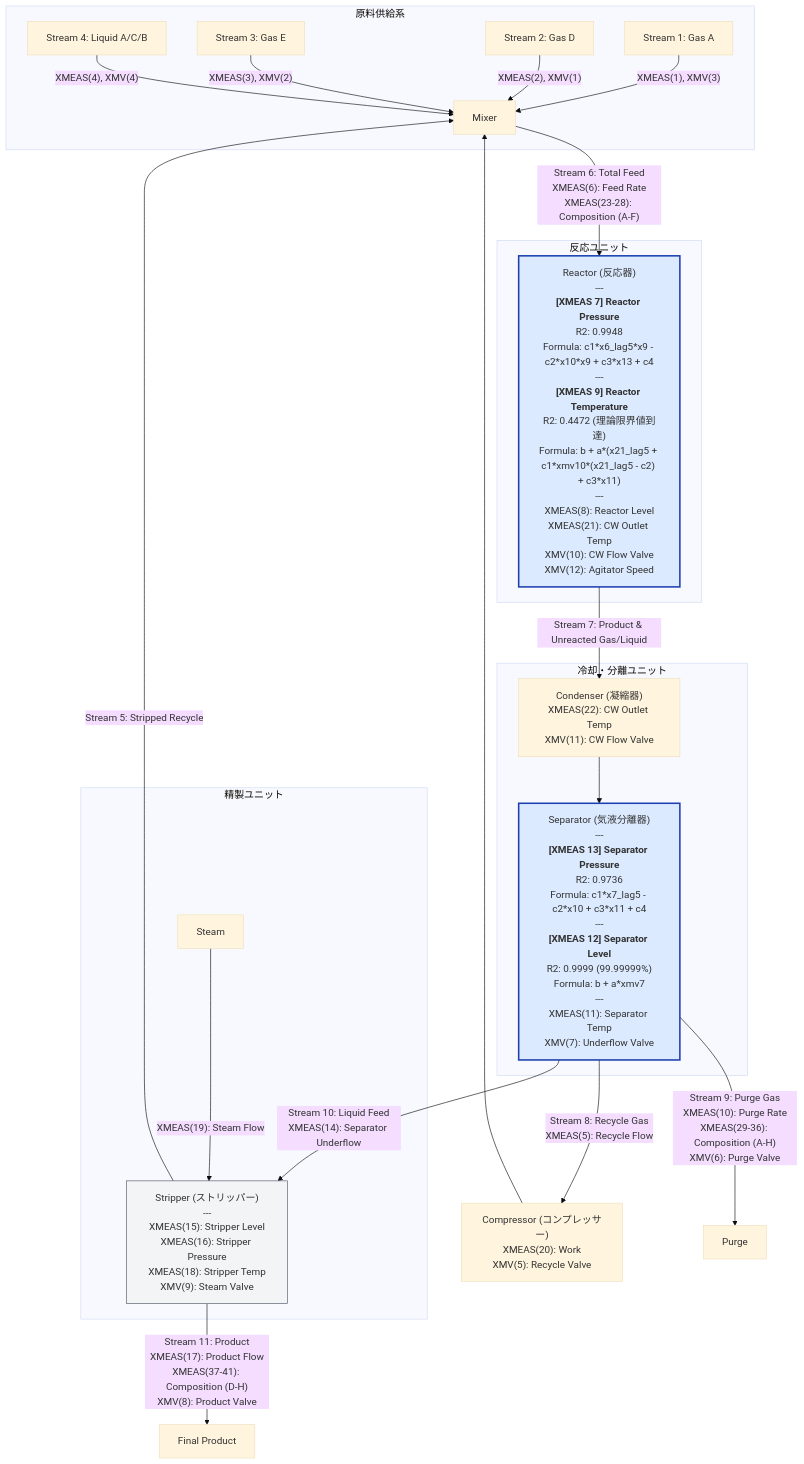
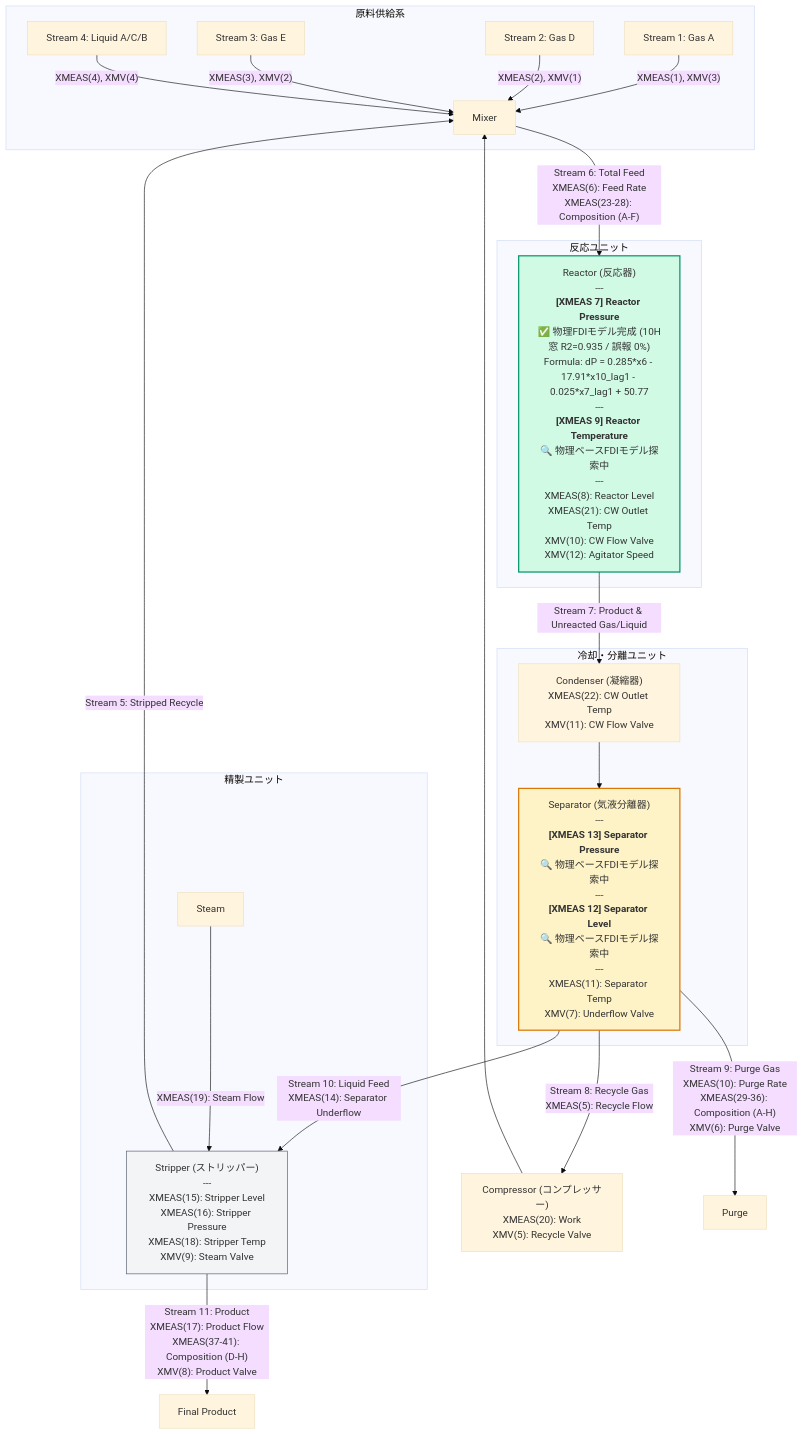
One commit to gotou8810/LLM-GP changed the diagram in TEP_FLOW_DIAGRAM.md. Above: the diagram before and after it, drawn with Mermaid (base theme). The commit also changed other lines of this file and 65 other files, not shown here.

````diff
--- a/TEP_FLOW_DIAGRAM.md
+++ b/TEP_FLOW_DIAGRAM.md
@@ -6,41 +6,41 @@
 ```mermaid
 graph TD
     subgraph Feeds [原料供給系]
         S1[Stream 1: Gas A] --> |"XMEAS(1), XMV(3)"| Mixer
         S2[Stream 2: Gas D] --> |"XMEAS(2), XMV(1)"| Mixer
         S3[Stream 3: Gas E] --> |"XMEAS(3), XMV(2)"| Mixer
         S4[Stream 4: Liquid A/C/B] --> |"XMEAS(4), XMV(4)"| Mixer
     end
 
     Mixer --> |"Stream 6: Total Feed<br/>XMEAS(6): Feed Rate<br/>XMEAS(23-28): Composition (A-F)"| Reactor
 
     subgraph ReactorUnit [反応ユニット]
-        Reactor["Reactor (反応器)<br/>---<br/><b>[XMEAS 7] Reactor Pressure</b><br/>R2: 0.9948<br/>Formula: c1*x6_lag5*x9 - c2*x10*x9 + c3*x13 + c4<br/>---<br/><b>[XMEAS 9] Reactor Temperature</b><br/>R2: 0.4472 (理論限界値到達)<br/>Formula: b + a*(x21_lag5 + c1*xmv10*(x21_lag5 - c2) + c3*x11)<br/>---<br/>XMEAS(8): Reactor Level<br/>XMEAS(21): CW Outlet Temp<br/>XMV(10): CW Flow Valve<br/>XMV(12): Agitator Speed"]
+        Reactor["Reactor (反応器)<br/>---<br/><b>[XMEAS 7] Reactor Pressure</b><br/>✅ 物理FDIモデル完成 (10H窓 R2=0.935 / 誤報 0%)<br/>Formula: dP = 0.285*x6 - 17.91*x10_lag1 - 0.025*x7_lag1 + 50.77<br/>---<br/><b>[XMEAS 9] Reactor Temperature</b><br/>🔍 物理ベースFDIモデル探索中<br/>---<br/>XMEAS(8): Reactor Level<br/>XMEAS(21): CW Outlet Temp<br/>XMV(10): CW Flow Valve<br/>XMV(12): Agitator Speed"]
     end
 
     Reactor --> |"Stream 7: Product & Unreacted Gas/Liquid"| Condenser
 
     subgraph CoolingUnit [冷却・分離ユニット]
-        Condenser["Condenser (凝縮器)<br/>XMEAS(22): CW Outlet Temp<br/>XMV(11): CW Flow Valve"] --> Separator["Separator (気液分離器)<br/>---<br/><b>[XMEAS 13] Separator Pressure</b><br/>R2: 0.9736<br/>Formula: c1*x7_lag5 - c2*x10 + c3*x11 + c4<br/>---<br/><b>[XMEAS 12] Separator Level</b><br/>R2: 0.9999 (99.99999%)<br/>Formula: b + a*xmv7<br/>---<br/>XMEAS(11): Separator Temp<br/>XMV(7): Underflow Valve"]
+        Condenser["Condenser (凝縮器)<br/>XMEAS(22): CW Outlet Temp<br/>XMV(11): CW Flow Valve"] --> Separator["Separator (気液分離器)<br/>---<br/><b>[XMEAS 13] Separator Pressure</b><br/>🔍 物理ベースFDIモデル探索中<br/>---<br/><b>[XMEAS 12] Separator Level</b><br/>🔍 物理ベースFDIモデル探索中<br/>---<br/>XMEAS(11): Separator Temp<br/>XMV(7): Underflow Valve"]
     end
 
     Separator --> |"Stream 8: Recycle Gas<br/>XMEAS(5): Recycle Flow"| Compressor["Compressor (コンプレッサー)<br/>XMEAS(20): Work<br/>XMV(5): Recycle Valve"]
     Compressor --> Mixer
 
     Separator --> |"Stream 9: Purge Gas<br/>XMEAS(10): Purge Rate<br/>XMEAS(29-36): Composition (A-H)<br/>XMV(6): Purge Valve"| Purge[Purge]
 
     Separator --> |"Stream 10: Liquid Feed<br/>XMEAS(14): Separator Underflow"| Stripper
 
     subgraph StrippingUnit [精製ユニット]
         Stripper["Stripper (ストリッパー)<br/>---<br/>XMEAS(15): Stripper Level<br/>XMEAS(16): Stripper Pressure<br/>XMEAS(18): Stripper Temp<br/>XMV(9): Steam Valve"]
         Steam[Steam] --> |"XMEAS(19): Steam Flow"| Stripper
     end
 
     Stripper --> |"Stream 5: Stripped Recycle"| Mixer
     Stripper --> |"Stream 11: Product<br/>XMEAS(17): Product Flow<br/>XMEAS(37-41): Composition (D-H)<br/>XMV(8): Product Valve"| Product[Final Product]
 
-    %% ステータスに応じた色分け (全ユニット完了・ライトブルー点灯)
-    style Reactor fill:#dbeafe,stroke:#1e40af,stroke-width:2.5px
-    style Separator fill:#dbeafe,stroke:#1e40af,stroke-width:2.5px
+    %% ステータスに応じた色分け (完成を緑、探索中をオレンジ点灯へ)
+    style Reactor fill:#d1fae5,stroke:#059669,stroke-width:2px
+    style Separator fill:#fef3c7,stroke:#d97706,stroke-width:2px
     style Stripper fill:#f3f4f6,stroke:#4b5563
 ```
````
